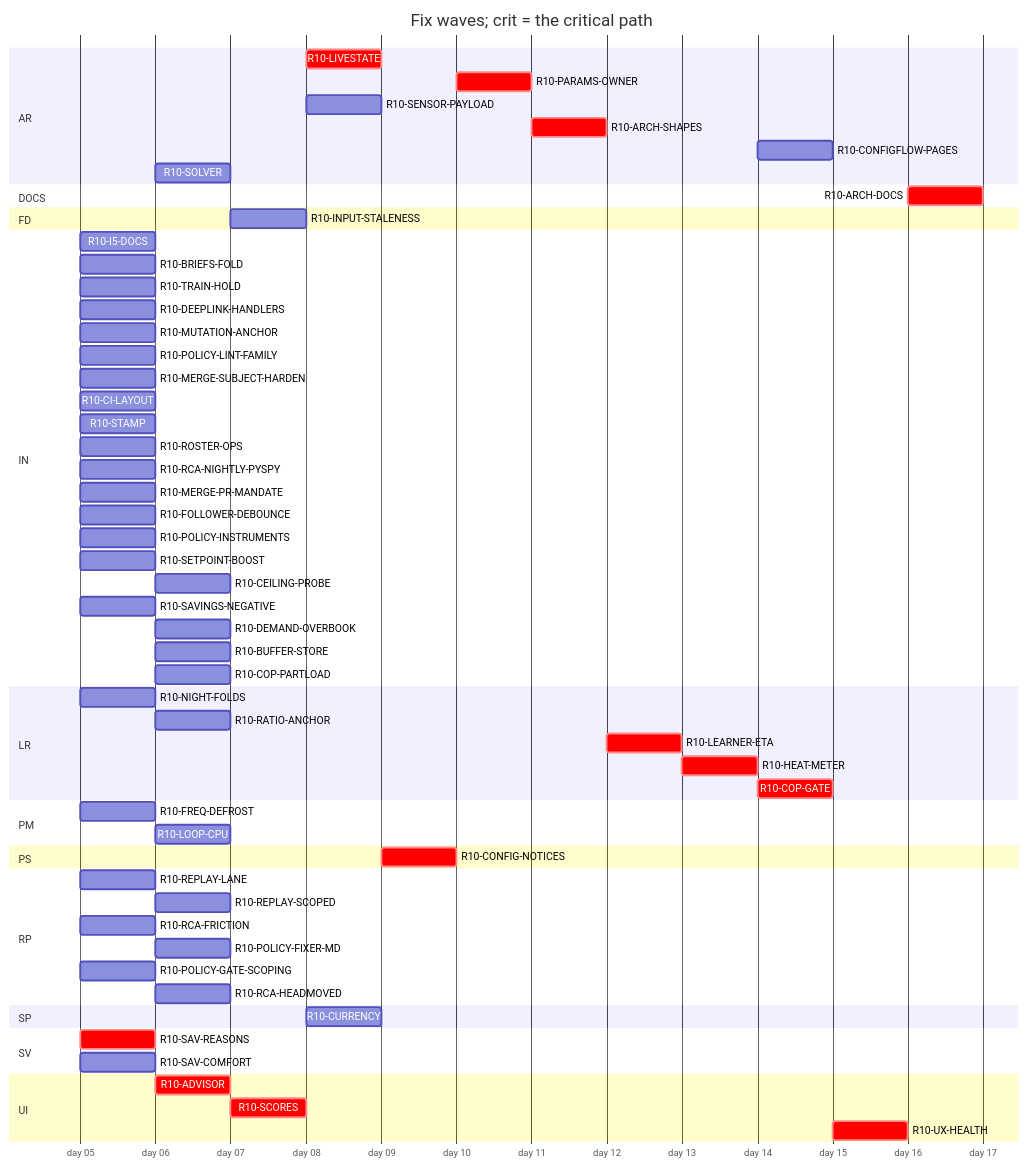
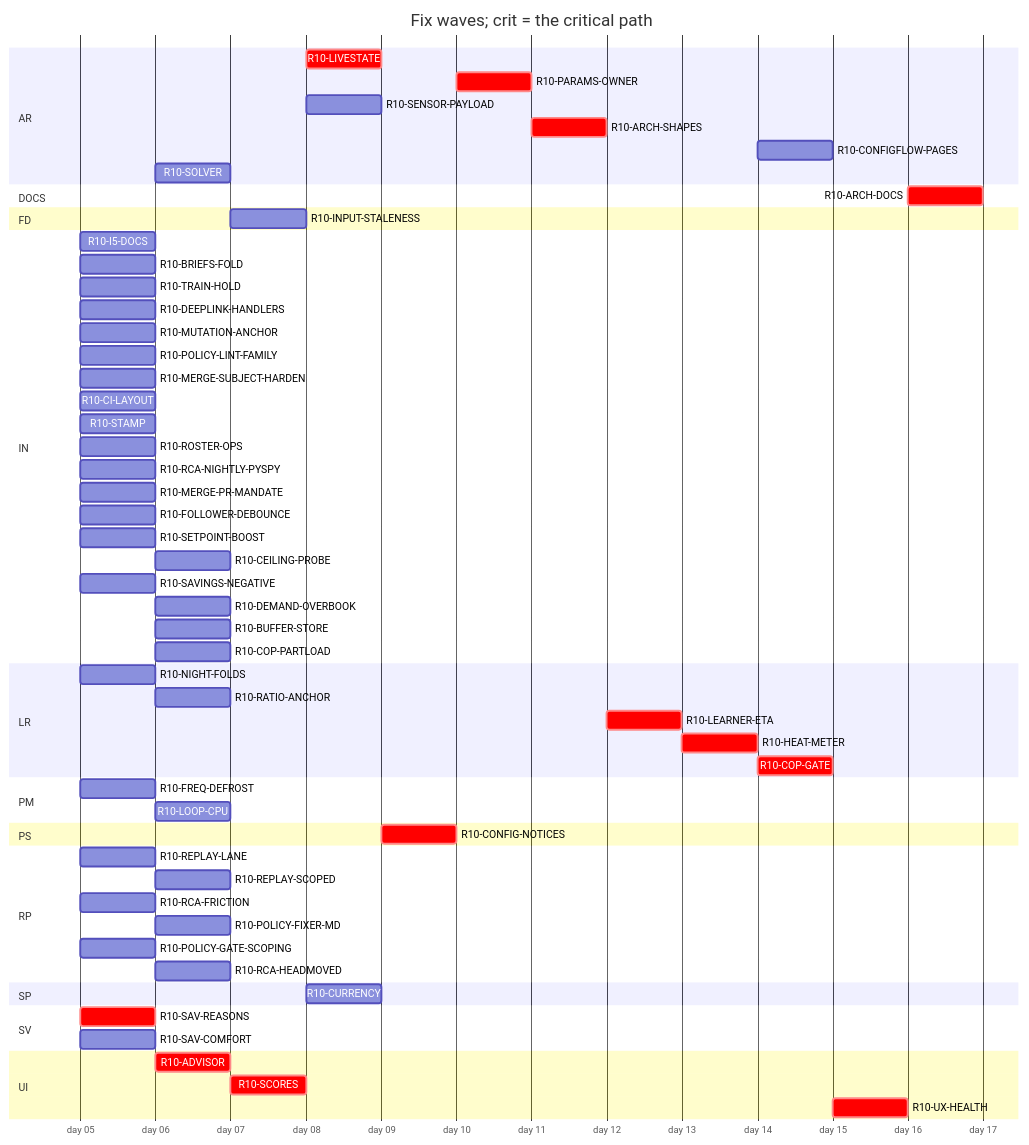
Before and after one commit to tvofi/heatpump_optimizer: the diagram in handoff/round10/state/PLAN-TABLE.md, drawn with Mermaid. The commit also changed other lines of this file and 2 other files, not shown here.

````diff
--- a/handoff/round10/state/PLAN-TABLE.md
+++ b/handoff/round10/state/PLAN-TABLE.md
@@ -24,65 +24,64 @@
 ```mermaid
 gantt
   title Fix waves; crit = the critical path
   dateFormat YYYY-MM-DD
   axisFormat day %d
   section AR
     R10-LIVESTATE :crit, r10LIVESTATE, after r10SCORES, 1d
     R10-PARAMS-OWNER :crit, r10PARAMSOWNER, after r10CONFIGNOTICES, 1d
     R10-SENSOR-PAYLOAD :r10SENSORPAYLOAD, after r10SCORES, 1d
     R10-ARCH-SHAPES :crit, r10ARCHSHAPES, after r10PARAMSOWNER r10SENSORPAYLOAD r10FREQDEFROST, 1d
     R10-CONFIGFLOW-PAGES :r10CONFIGFLOWPAGES, after r10HEATMETER, 1d
     R10-SOLVER :r10SOLVER, after r10SAVREASONS, 1d
   section DOCS
     R10-ARCH-DOCS :crit, r10ARCHDOCS, after r10NIGHTFOLDS r10RATIOANCHOR r10INPUTSTALENESS r10CURRENCY r10FREQDEFROST r10LOOPCPU r10SAVREASONS r10ADVISOR r10SCORES r10LIVESTATE r10CONFIGNOTICES r10PARAMSOWNER r10SENSORPAYLOAD r10ARCHSHAPES r10LEARNERETA r10HEATMETER r10COPGATE r10UXHEALTH r10CONFIGFLOWPAGES r10SOLVER r10I5DOCS r10BRIEFSFOLD r10REPLAYLANE r10REPLAYSCOPED r10TRAINHOLD r10DEEPLINKHANDLERS, 1d
   section FD
     R10-INPUT-STALENESS :r10INPUTSTALENESS, after r10RATIOANCHOR, 1d
   section IN
     R10-I5-DOCS :r10I5DOCS, 2026-01-05, 1d
     R10-BRIEFS-FOLD :r10BRIEFSFOLD, 2026-01-05, 1d
     R10-TRAIN-HOLD :r10TRAINHOLD, 2026-01-05, 1d
     R10-DEEPLINK-HANDLERS :r10DEEPLINKHANDLERS, 2026-01-05, 1d
     R10-MUTATION-ANCHOR :r10MUTATIONANCHOR, 2026-01-05, 1d
     R10-POLICY-LINT-FAMILY :r10POLICYLINTFAMILY, 2026-01-05, 1d
     R10-MERGE-SUBJECT-HARDEN :r10MERGESUBJECTHARDEN, 2026-01-05, 1d
     R10-CI-LAYOUT :r10CILAYOUT, 2026-01-05, 1d
     R10-STAMP :r10STAMP, 2026-01-05, 1d
     R10-ROSTER-OPS :r10ROSTEROPS, 2026-01-05, 1d
     R10-RCA-NIGHTLY-PYSPY :r10RCANIGHTLYPYSPY, 2026-01-05, 1d
     R10-MERGE-PR-MANDATE :r10MERGEPRMANDATE, 2026-01-05, 1d
     R10-FOLLOWER-DEBOUNCE :r10FOLLOWERDEBOUNCE, 2026-01-05, 1d
-    R10-POLICY-INSTRUMENTS :r10POLICYINSTRUMENTS, 2026-01-05, 1d
     R10-SETPOINT-BOOST :r10SETPOINTBOOST, 2026-01-05, 1d
     R10-CEILING-PROBE :r10CEILINGPROBE, after r10SETPOINTBOOST r10CILAYOUT r10NIGHTFOLDS, 1d
     R10-SAVINGS-NEGATIVE :r10SAVINGSNEGATIVE, 2026-01-05, 1d
     R10-DEMAND-OVERBOOK :r10DEMANDOVERBOOK, after r10SETPOINTBOOST, 1d
     R10-BUFFER-STORE :r10BUFFERSTORE, after r10SETPOINTBOOST, 1d
     R10-COP-PARTLOAD :r10COPPARTLOAD, after r10SETPOINTBOOST, 1d
   section LR
     R10-NIGHT-FOLDS :r10NIGHTFOLDS, 2026-01-05, 1d
     R10-RATIO-ANCHOR :r10RATIOANCHOR, after r10NIGHTFOLDS, 1d
     R10-LEARNER-ETA :crit, r10LEARNERETA, after r10ARCHSHAPES, 1d
     R10-HEAT-METER :crit, r10HEATMETER, after r10LEARNERETA r10INPUTSTALENESS r10RATIOANCHOR, 1d
     R10-COP-GATE :crit, r10COPGATE, after r10HEATMETER r10SENSORPAYLOAD, 1d
   section PM
     R10-FREQ-DEFROST :r10FREQDEFROST, 2026-01-05, 1d
     R10-LOOP-CPU :r10LOOPCPU, after r10FREQDEFROST, 1d
   section PS
     R10-CONFIG-NOTICES :crit, r10CONFIGNOTICES, after r10LIVESTATE, 1d
   section RP
     R10-REPLAY-LANE :r10REPLAYLANE, 2026-01-05, 1d
     R10-REPLAY-SCOPED :r10REPLAYSCOPED, after r10REPLAYLANE r10TRAINHOLD, 1d
     R10-RCA-FRICTION :r10RCAFRICTION, 2026-01-05, 1d
     R10-POLICY-FIXER-MD :r10POLICYFIXERMD, after r10RCAFRICTION r10BRIEFSFOLD, 1d
     R10-POLICY-GATE-SCOPING :r10POLICYGATESCOPING, 2026-01-05, 1d
     R10-RCA-HEADMOVED :r10RCAHEADMOVED, after r10RCAFRICTION, 1d
   section SP
     R10-CURRENCY :r10CURRENCY, after r10INPUTSTALENESS, 1d
   section SV
     R10-SAV-REASONS :crit, r10SAVREASONS, 2026-01-05, 1d
     R10-SAV-COMFORT :r10SAVCOMFORT, 2026-01-05, 1d
   section UI
     R10-ADVISOR :crit, r10ADVISOR, after r10SAVREASONS, 1d
     R10-SCORES :crit, r10SCORES, after r10ADVISOR, 1d
     R10-UX-HEALTH :crit, r10UXHEALTH, after r10SCORES r10COPGATE r10HEATMETER, 1d
 ```
````
